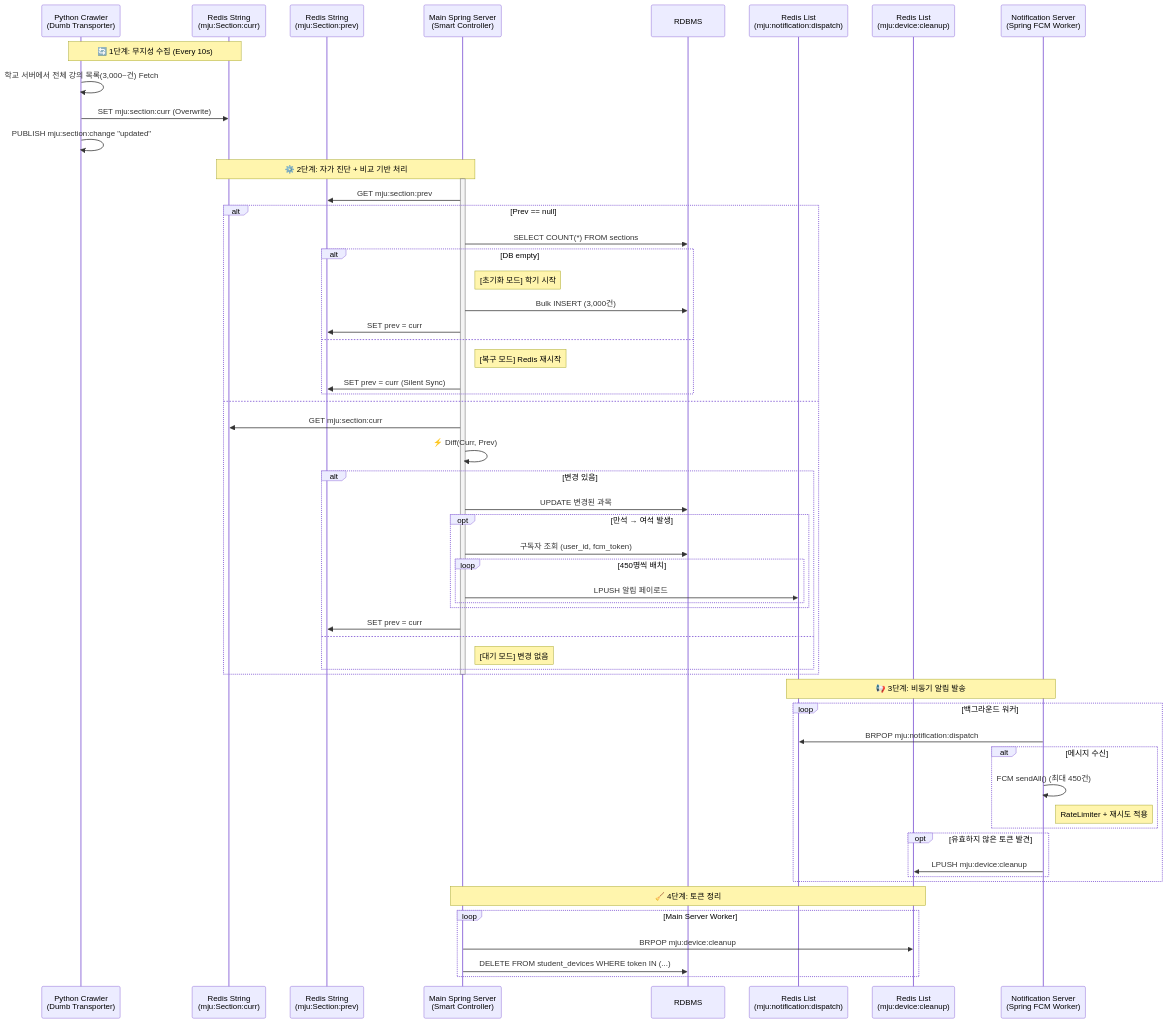
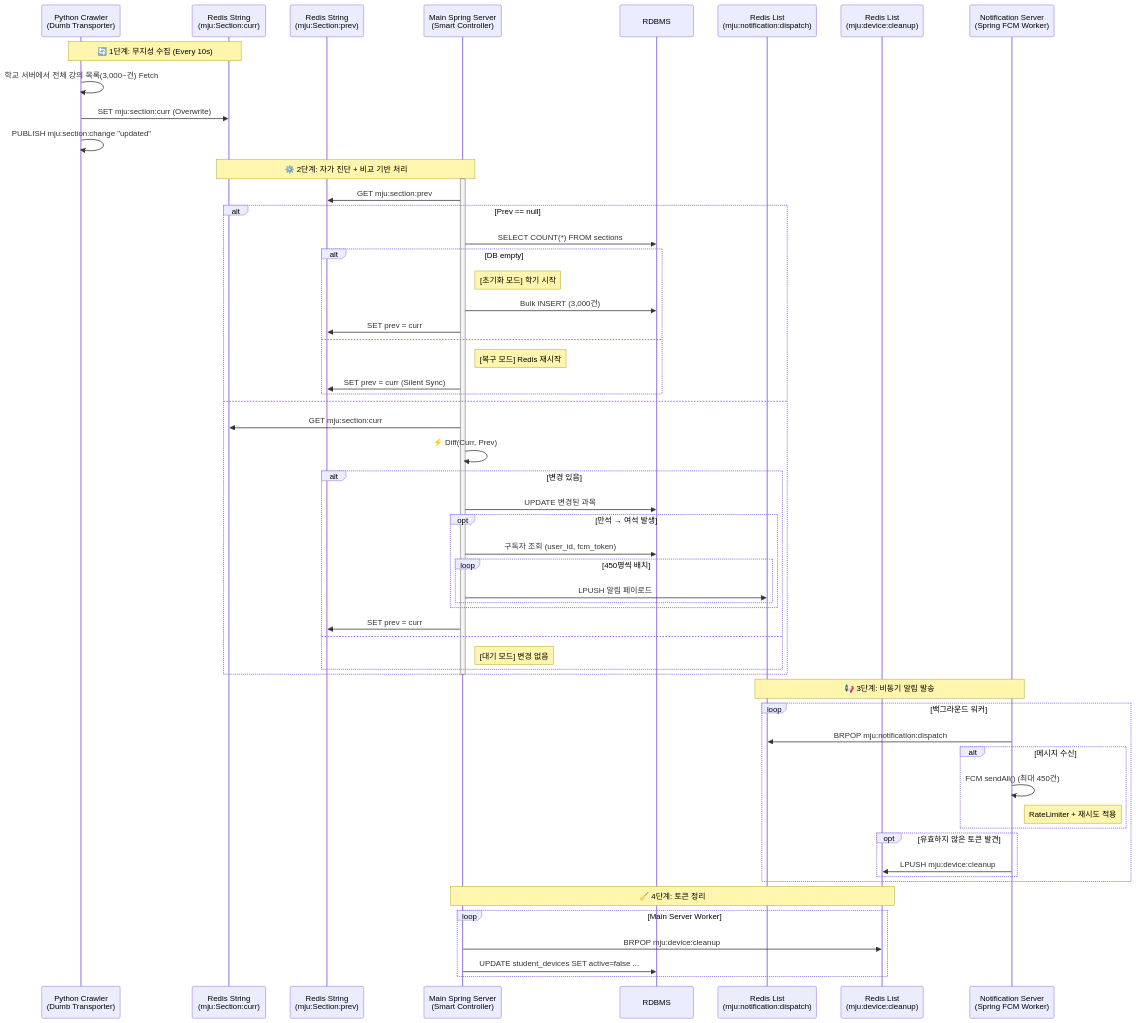
Before and after one commit to mju-sugangsincheong-helper/mju-sugangsincheong-helper-backend: the first of 4 diagrams in doc/real_architecture.md, drawn with Mermaid. The commit also changed other lines of this file and 3 other files, not shown here.

````diff
--- a/doc/real_architecture.md
+++ b/doc/real_architecture.md
@@ -127,65 +127,65 @@
 ```mermaid
 sequenceDiagram
     participant C as Python Crawler<br/>(Dumb Transporter)
     participant RC as Redis String<br/>(mju:Section:curr)
     participant RP as Redis String<br/>(mju:Section:prev)
     participant M as Main Spring Server<br/>(Smart Controller)
     participant DB as RDBMS
     participant Q as Redis List<br/>(mju:notification:dispatch)
     participant Cleanup as Redis List<br/>(mju:device:cleanup)
     participant S as Notification Server<br/>(Spring FCM Worker)
 
     Note over C, RC: 🔄 1단계: 무지성 수집 (Every 10s)
     C->>C: 학교 서버에서 전체 강의 목록(3,000~건) Fetch
     C->>RC: SET mju:section:curr (Overwrite)
     C->>C: PUBLISH mju:section:change "updated"
 
     Note over RC, M: ⚙️ 2단계: 자가 진단 + 비교 기반 처리
     activate M
     M->>RP: GET mju:section:prev
     alt Prev == null
         M->>DB: SELECT COUNT(*) FROM sections
         alt DB empty
             Note right of M: [초기화 모드] 학기 시작
             M->>DB: Bulk INSERT (3,000건)
             M->>RP: SET prev = curr
         else
             Note right of M: [복구 모드] Redis 재시작
             M->>RP: SET prev = curr (Silent Sync)
         end
     else
         M->>RC: GET mju:section:curr
         M->>M: ⚡ Diff(Curr, Prev)
         alt 변경 있음
             M->>DB: UPDATE 변경된 과목
             opt 만석 → 여석 발생
                 M->>DB: 구독자 조회 (user_id, fcm_token)
                 loop 450명씩 배치
                     M->>Q: LPUSH 알림 페이로드
                 end
             end
             M->>RP: SET prev = curr
         else
             Note right of M: [대기 모드] 변경 없음
         end
     end
     deactivate M
 
     Note over Q, S: 📢 3단계: 비동기 알림 발송
     loop 백그라운드 워커
         S->>Q: BRPOP mju:notification:dispatch
         alt 메시지 수신
             S->>S: FCM sendAll() (최대 450건)
             Note right of S: RateLimiter + 재시도 적용
         end
         opt 유효하지 않은 토큰 발견
              S->>Cleanup: LPUSH mju:device:cleanup
         end
     end
     
     Note over Cleanup, M: 🧹 4단계: 토큰 정리
     loop Main Server Worker
         M->>Cleanup: BRPOP mju:device:cleanup
-        M->>DB: DELETE FROM student_devices WHERE token IN (...)
+        M->>DB: UPDATE student_devices SET active=false ...
     end
 ```
````
